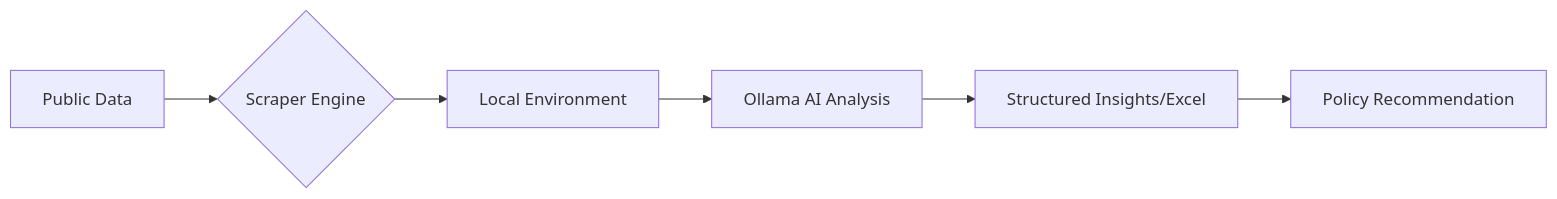
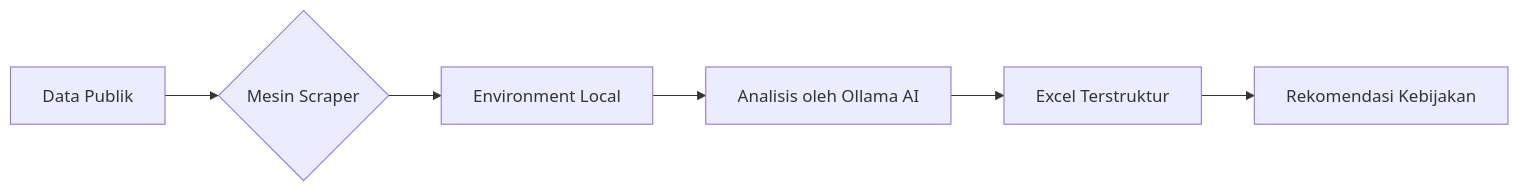
Before and after one commit to anasya271-glitch/BPS_Social_Scraper: the diagram in README.md, drawn with Mermaid. The commit also changed other lines of this file, not shown here.

First line of the commit message:
Enhance README with roadmap and updated diagrams

````diff
--- a/README.md
+++ b/README.md
@@ -49,8 +49,8 @@
 ```mermaid
 graph LR
-  A[Public Data] --> B{Scraper Engine}
-  B --> C[Local Environment]
-  C --> D[Ollama AI Analysis]
-  D --> E[Structured Insights/Excel]
-  E --> F[Policy Recommendation]
+  A[Data Publik] --> B{Mesin Scraper}
+  B --> C[Environment Local]
+  C --> D[Analisis oleh Ollama AI]
+  D --> E[Excel Terstruktur]
+  E --> F[Rekomendasi Kebijakan]
 ```
````
